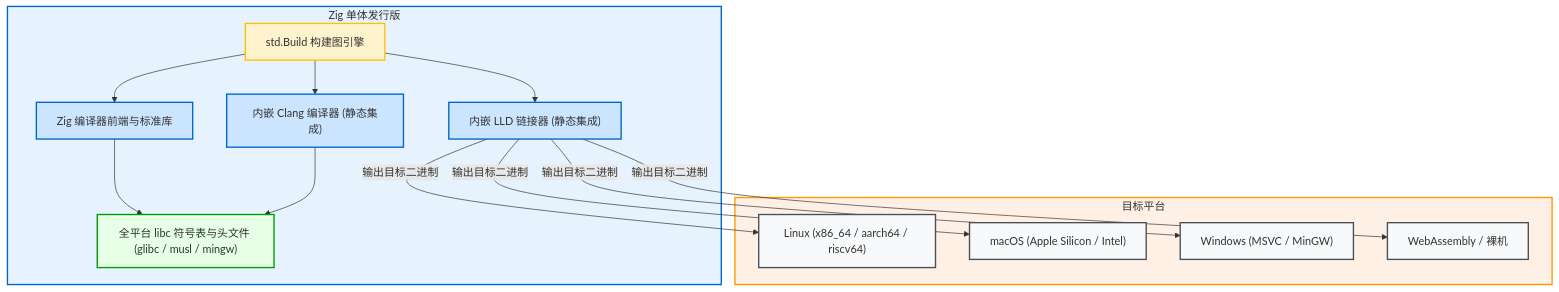
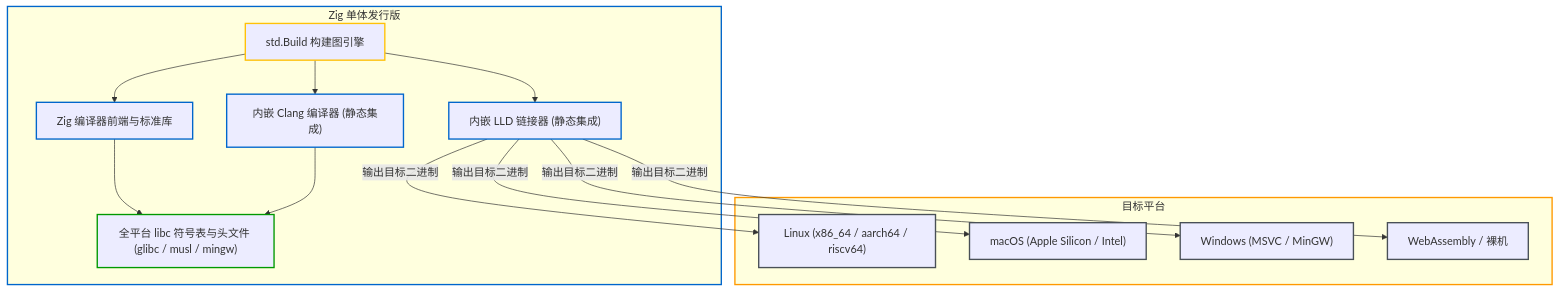
The second of 2 diagrams in zig-build/src/philosophy/zig-build-philosophy.md (jiacai2050/x), drawn with Mermaid before and after one commit. The commit also changed other lines of this file and 65 other files, not shown here.

````diff
--- a/zig-build/src/philosophy/zig-build-philosophy.md
+++ b/zig-build/src/philosophy/zig-build-philosophy.md
@@ -53,41 +53,41 @@
 ```mermaid
 graph TD
     subgraph S_ZigDist ["Zig 单体发行版"]
         Z_Frontend["Zig 编译器前端与标准库"]
         Z_Clang["内嵌 Clang 编译器 (静态集成)"]
         Z_LLD["内嵌 LLD 链接器 (静态集成)"]
         Z_Libc["全平台 libc 符号表与头文件 (glibc / musl / mingw)"]
         Z_Engine["std.Build 构建图引擎"]
     end
 
     subgraph S_Targets ["目标平台"]
         T1["Linux (x86_64 / aarch64 / riscv64)"]
         T2["macOS (Apple Silicon / Intel)"]
         T3["Windows (MSVC / MinGW)"]
         T4["WebAssembly / 裸机"]
     end
 
     Z_Engine --> Z_Frontend
     Z_Engine --> Z_Clang
     Z_Engine --> Z_LLD
     Z_Frontend --> Z_Libc
     Z_Clang --> Z_Libc
 
     Z_LLD -- "输出目标二进制" --> T1
     Z_LLD -- "输出目标二进制" --> T2
     Z_LLD -- "输出目标二进制" --> T3
     Z_LLD -- "输出目标二进制" --> T4
 
-    classDef default fill:#f8f9fa,stroke:#495057;
-    style S_ZigDist fill:#e6f3ff,stroke:#0066cc,stroke-width:2px;
-    style S_Targets fill:#fff0e6,stroke:#ff9900,stroke-width:2px;
-    style Z_Frontend fill:#cce5ff,stroke:#0066cc,stroke-width:2px;
-    style Z_Clang fill:#cce5ff,stroke:#0066cc,stroke-width:2px;
-    style Z_LLD fill:#cce5ff,stroke:#0066cc,stroke-width:2px;
-    style Z_Libc fill:#e6ffe6,stroke:#009900,stroke-width:2px;
-    style Z_Engine fill:#fff3cd,stroke:#ffc107,stroke-width:2px;
-    style T1 fill:#f8f9fa,stroke:#495057,stroke-width:2px;
-    style T2 fill:#f8f9fa,stroke:#495057,stroke-width:2px;
-    style T3 fill:#f8f9fa,stroke:#495057,stroke-width:2px;
-    style T4 fill:#f8f9fa,stroke:#495057,stroke-width:2px;
+    classDef default stroke:#495057;
+    style S_ZigDist stroke:#0066cc,stroke-width:2px;
+    style S_Targets stroke:#ff9900,stroke-width:2px;
+    style Z_Frontend stroke:#0066cc,stroke-width:2px;
+    style Z_Clang stroke:#0066cc,stroke-width:2px;
+    style Z_LLD stroke:#0066cc,stroke-width:2px;
+    style Z_Libc stroke:#009900,stroke-width:2px;
+    style Z_Engine stroke:#ffc107,stroke-width:2px;
+    style T1 stroke:#495057,stroke-width:2px;
+    style T2 stroke:#495057,stroke-width:2px;
+    style T3 stroke:#495057,stroke-width:2px;
+    style T4 stroke:#495057,stroke-width:2px;
 ```
````
